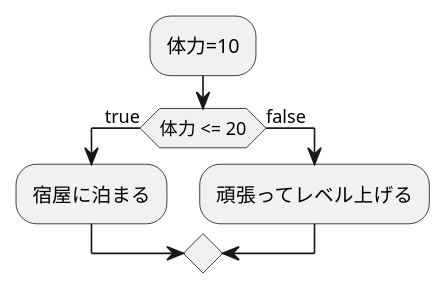
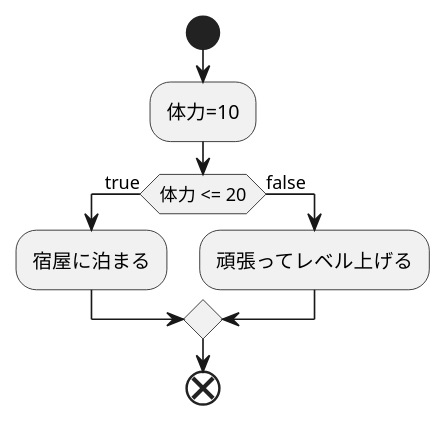
One commit to Aso2001001/2021sys-design changed the diagram in kadai2.md. Above: the diagram before and after it, drawn with PlantUML.

````diff
--- a/kadai2.md
+++ b/kadai2.md
@@ -1,10 +1,12 @@
 ```uml
 @startuml
+start
 :体力=10;
 if(体力 <= 20) then (true)
 :宿屋に泊まる;
 else (false)
 :頑張ってレベル上げる;
 endif
+end
 @enduml
 ```
````
